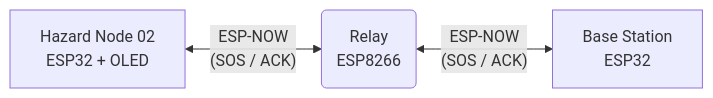
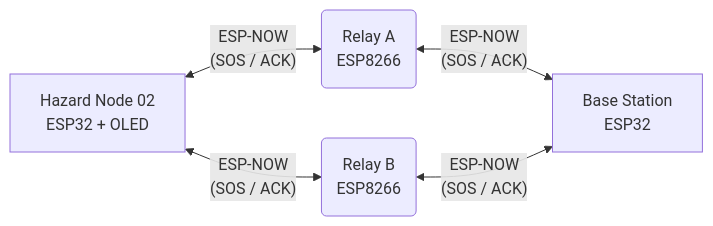
The diagram in README.md (yashwanthR1207/base-node-relay-communication-ESPnow), drawn with Mermaid before and after one commit. The commit also changed other lines of this file and 6 other files, not shown here.

````diff
--- a/README.md
+++ b/README.md
@@ -7,5 +7,7 @@
 ```mermaid
 flowchart LR
-    A["Hazard Node 02 <br> ESP32 + OLED"] <-->|"ESP-NOW <br> (SOS / ACK)"| B("Relay <br> ESP8266")
-    B <-->|"ESP-NOW <br> (SOS / ACK)"| C["Base Station <br> ESP32"]
+    A["Hazard Node 02 <br> ESP32 + OLED"] <-->|"ESP-NOW <br> (SOS / ACK)"| B("Relay A <br> ESP8266")
+    A <-->|"ESP-NOW <br> (SOS / ACK)"| C("Relay B <br> ESP8266")
+    B <-->|"ESP-NOW <br> (SOS / ACK)"| D["Base Station <br> ESP32"]
+    C <-->|"ESP-NOW <br> (SOS / ACK)"| D
 ```
````
